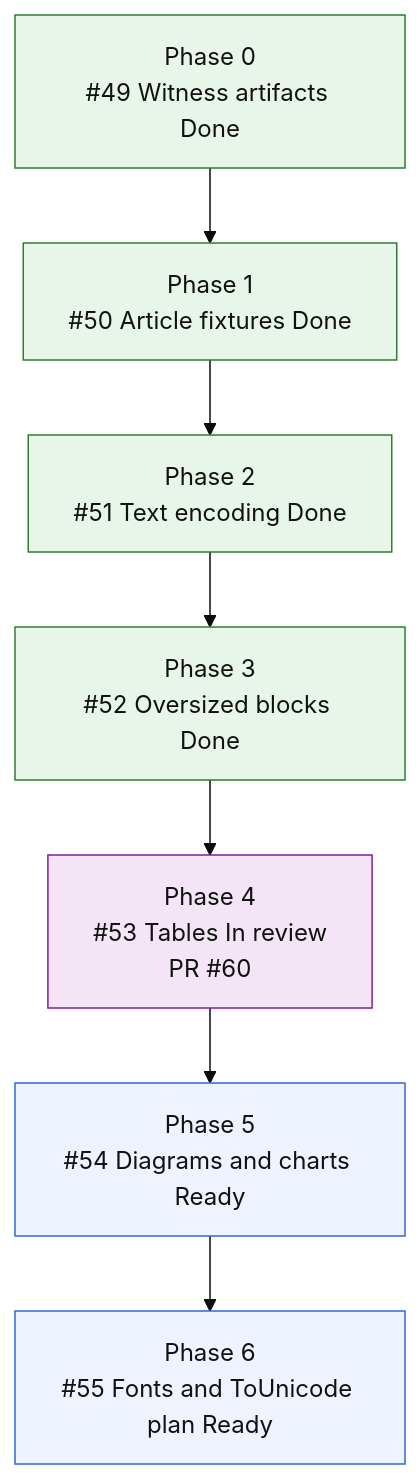
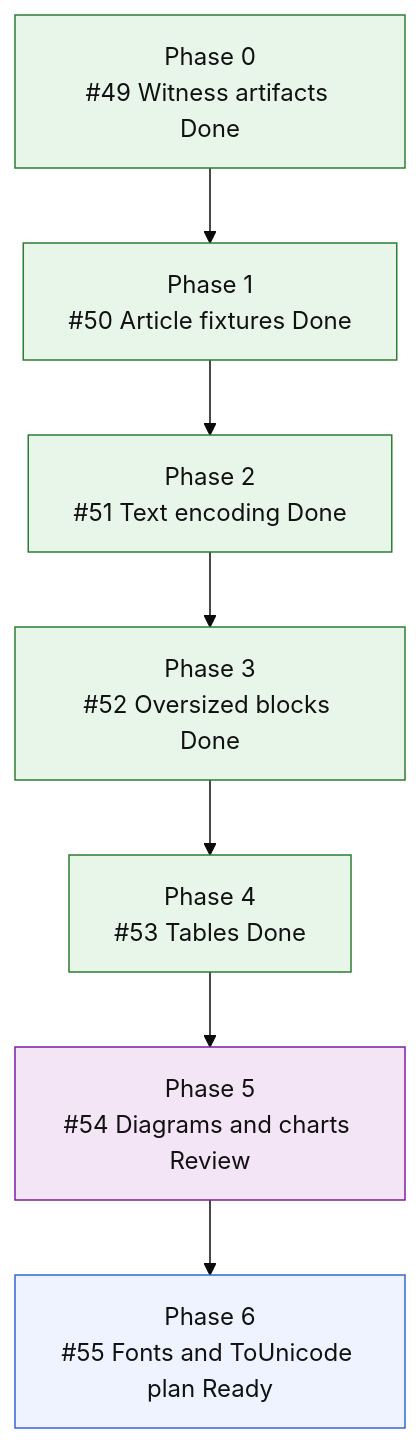
One commit to mihaelamj/MarkdownPDF changed the second of 2 diagrams in README.md. Above: the diagram before and after it, drawn with Mermaid (base theme). The commit also changed 7 other files, not shown here.

First line of the commit message:
feat(pdf): harden diagram label policy

````diff
--- a/README.md
+++ b/README.md
@@ -212,23 +212,23 @@
 ```mermaid
 flowchart TD
     F0["Phase 0<br/>#49 Witness artifacts Done"]
     F1["Phase 1<br/>#50 Article fixtures Done"]
     F2["Phase 2<br/>#51 Text encoding Done"]
     F3["Phase 3<br/>#52 Oversized blocks Done"]
-    F4["Phase 4<br/>#53 Tables In review<br/>PR #60"]
-    F5["Phase 5<br/>#54 Diagrams and charts Ready"]
+    F4["Phase 4<br/>#53 Tables Done"]
+    F5["Phase 5<br/>#54 Diagrams and charts Review"]
     F6["Phase 6<br/>#55 Fonts and ToUnicode plan Ready"]
 
     F0 --> F1 --> F2 --> F3 --> F4 --> F5 --> F6
 
     classDef done fill:#e8f5e9,stroke:#2e7d32,color:#111;
     classDef active fill:#e3f2fd,stroke:#1565c0,color:#111;
     classDef review fill:#f3e5f5,stroke:#7b1fa2,color:#111;
     classDef next fill:#fff8e1,stroke:#f9a825,color:#111;
     classDef todo fill:#eef3ff,stroke:#3367d6,color:#111;
     class F0,F1 done;
     class F2 done;
-    class F3 done;
-    class F4 review;
-    class F5,F6 todo;
+    class F3,F4 done;
+    class F5 review;
+    class F6 todo;
 ```
````
